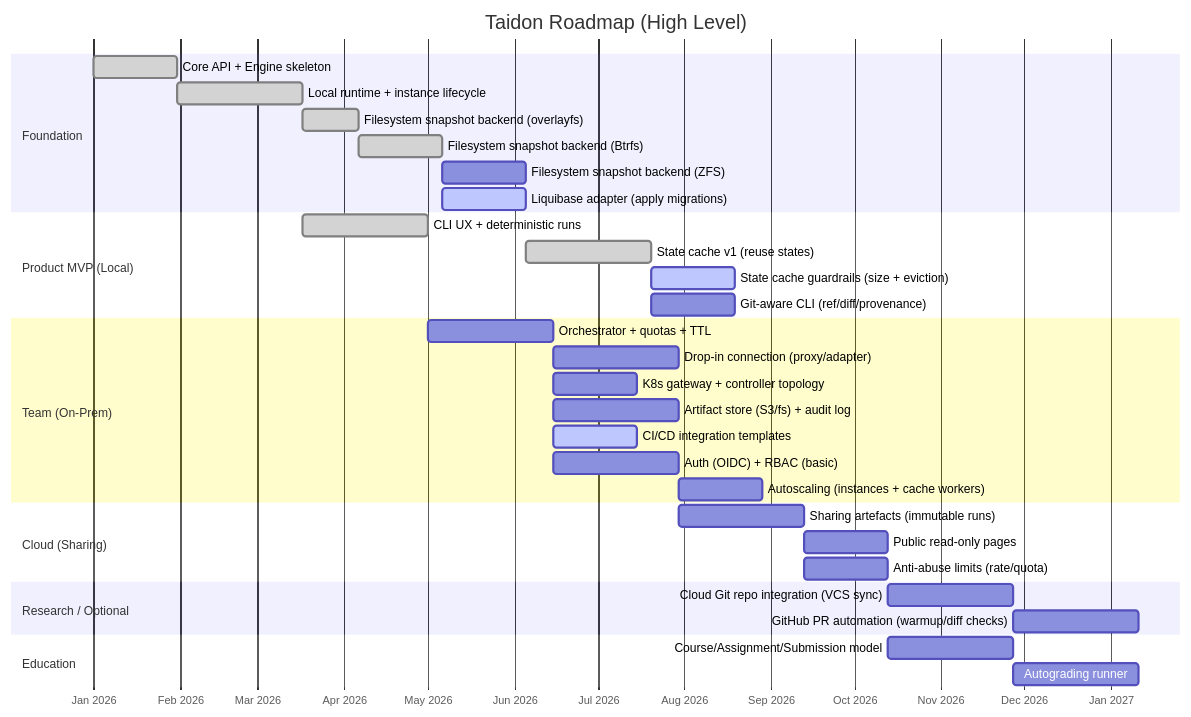
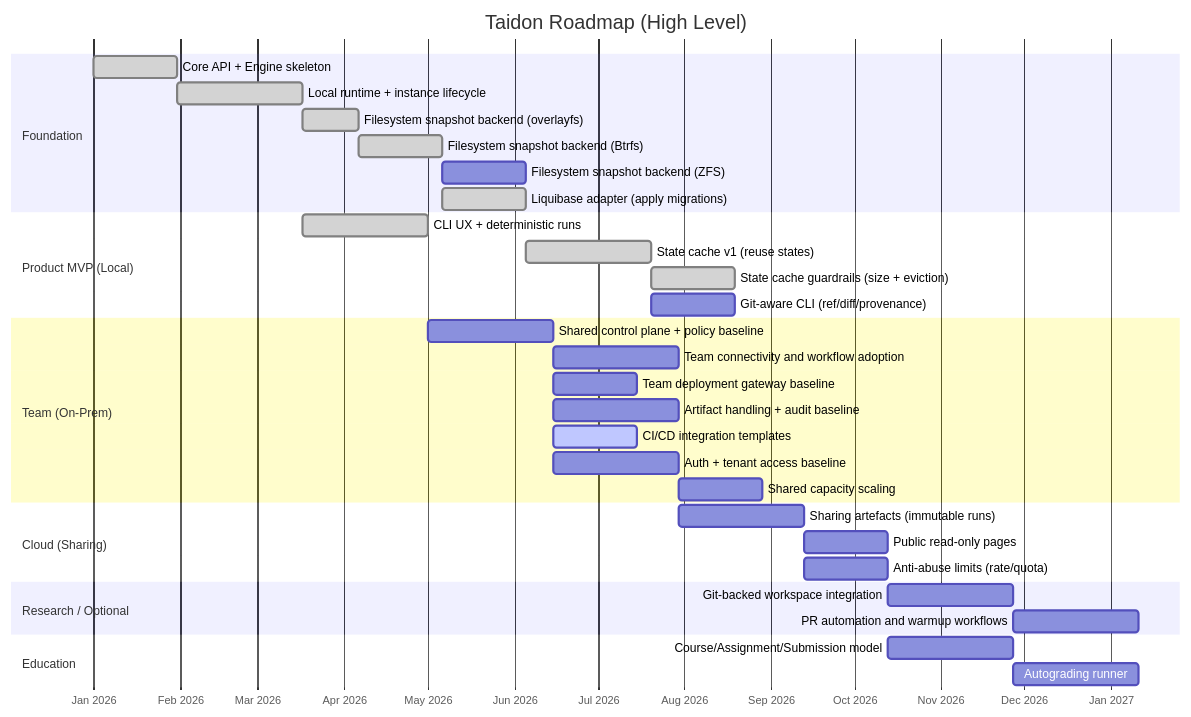
The diagram in docs/roadmap.md (kimak-irmagi/taidon), drawn with Mermaid before and after one commit. The commit also changed other lines of this file and 3 other files, not shown here.

Commit message:
Roadmap status update

````diff
--- a/docs/roadmap.md
+++ b/docs/roadmap.md
@@ -27,42 +27,42 @@
 ```mermaid
 gantt
     title Taidon Roadmap (High Level)
     dateFormat  YYYY-MM-DD
     axisFormat  %b %Y
 
     section Foundation
     Core API + Engine skeleton                 :done, a1, 2026-01-01, 30d
     Local runtime + instance lifecycle         :done, a2, after a1, 45d
     Filesystem snapshot backend (overlayfs)    :done, a2fs, after a2, 20d
     Filesystem snapshot backend (Btrfs)        :done, a2b, after a2fs, 30d
     Filesystem snapshot backend (ZFS)          :a2z, after a2b, 30d
-    Liquibase adapter (apply migrations)       :active, a3, after a2b, 30d
+    Liquibase adapter (apply migrations)       :done, a3, after a2b, 30d
 
     section Product MVP (Local)
     CLI UX + deterministic runs                :done, b2, after a2, 45d
     State cache v1 (reuse states)              :done, b3, after a3, 45d
-    State cache guardrails (size + eviction)   :active, b3g, after b3, 30d
+    State cache guardrails (size + eviction)   :done, b3g, after b3, 30d
     Git-aware CLI (ref/diff/provenance)        :b4, after b3, 30d
 
     section Team (On-Prem)
-    Orchestrator + quotas + TTL                :c1, after b2, 45d
-    Drop-in connection (proxy/adapter)         :c0, after c1, 45d
-    K8s gateway + controller topology          :c6, after c1, 30d
-    Artifact store (S3/fs) + audit log         :c2, after c1, 45d
+    Shared control plane + policy baseline     :c1, after b2, 45d
+    Team connectivity and workflow adoption    :c0, after c1, 45d
+    Team deployment gateway baseline           :c6, after c1, 30d
+    Artifact handling + audit baseline         :c2, after c1, 45d
     CI/CD integration templates                :active, c3, after c1, 30d
-    Auth (OIDC) + RBAC (basic)                 :c4, after c1, 45d
-    Autoscaling (instances + cache workers)    :c5, after c2, 30d
+    Auth + tenant access baseline              :c4, after c1, 45d
+    Shared capacity scaling                    :c5, after c2, 30d
 
     section Cloud (Sharing)
     Sharing artefacts (immutable runs)         :d1, after c2, 45d
     Public read-only pages                     :d2, after d1, 30d
     Anti-abuse limits (rate/quota)             :d3, after d1, 30d
 
     section Research / Optional
-    Cloud Git repo integration (VCS sync)      :o1, after d2, 45d
-    GitHub PR automation (warmup/diff checks)  :o2, after o1, 45d
+    Git-backed workspace integration           :o1, after d2, 45d
+    PR automation and warmup workflows         :o2, after o1, 45d
 
     section Education
     Course/Assignment/Submission model         :e1, after d2, 45d
     Autograding runner                         :e2, after e1, 45d
 ```
````
